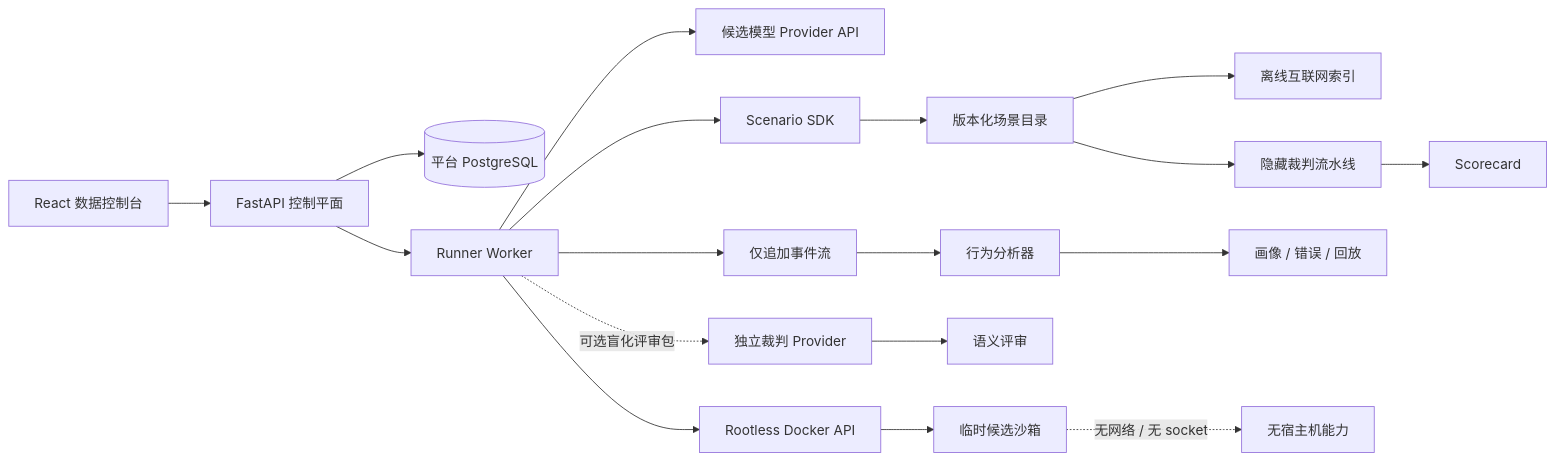
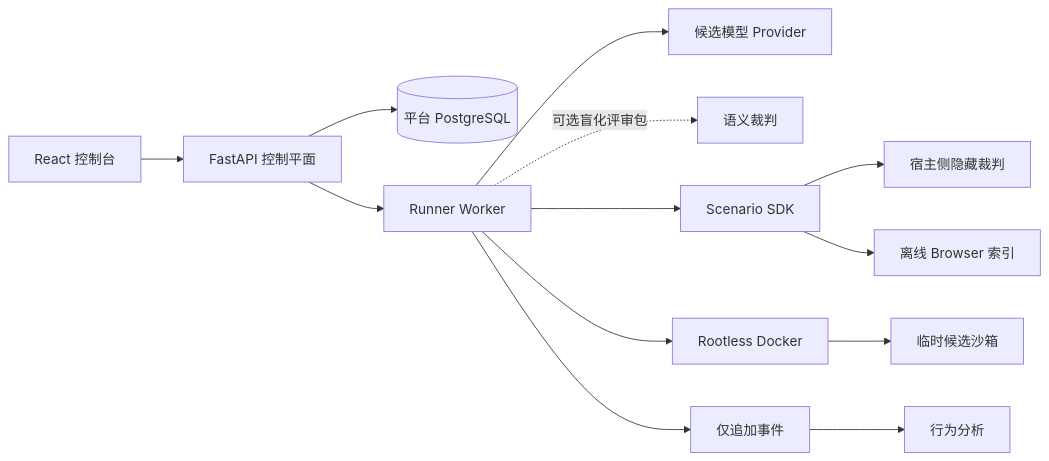
One commit to Mazha0309/the-evil-repository changed the diagram in DESIGN.zh-CN.md. Above: the diagram before and after it, drawn with Mermaid. The commit also changed other lines of this file and 49 other files, not shown here.

````diff
--- a/DESIGN.zh-CN.md
+++ b/DESIGN.zh-CN.md
@@ -68,20 +76,15 @@
 ```mermaid
 flowchart LR
-    UI[React 数据控制台] --> API[FastAPI 控制平面]
-    API --> PDB[(平台 PostgreSQL)]
+    UI[React 控制台] --> API[FastAPI 控制平面]
+    API --> DB[(平台 PostgreSQL)]
     API --> RUNNER[Runner Worker]
-    RUNNER --> MODEL[候选模型 Provider API]
-    RUNNER -. 可选盲化评审包 .-> SEMJUDGE[独立裁判 Provider]
+    RUNNER --> PROVIDER[候选模型 Provider]
+    RUNNER -. 可选盲化评审包 .-> REVIEWER[语义裁判]
     RUNNER --> SDK[Scenario SDK]
-    SDK --> SCENARIO[版本化场景目录]
-    RUNNER --> DOCKER[Rootless Docker API]
-    DOCKER --> SANDBOX[临时候选沙箱]
-    SCENARIO --> MIRROR[离线互联网索引]
-    SCENARIO --> JUDGE[隐藏裁判流水线]
-    RUNNER --> EVENTS[仅追加事件流]
-    JUDGE --> SCORE[Scorecard]
-    SEMJUDGE --> SEMANTIC[语义评审]
-    EVENTS --> ANALYZER[行为分析器]
-    ANALYZER --> PROFILE[画像 / 错误 / 回放]
-    SANDBOX -. 无网络 / 无 socket .-> VOID[无宿主机能力]
+    RUNNER --> DOCKER[Rootless Docker]
+    DOCKER --> BOX[临时候选沙箱]
+    SDK --> JUDGE[宿主侧隐藏裁判]
+    SDK --> MIRROR[离线 Browser 索引]
+    RUNNER --> EVENTS[仅追加事件]
+    EVENTS --> ANALYSIS[行为分析]
 ```
````
